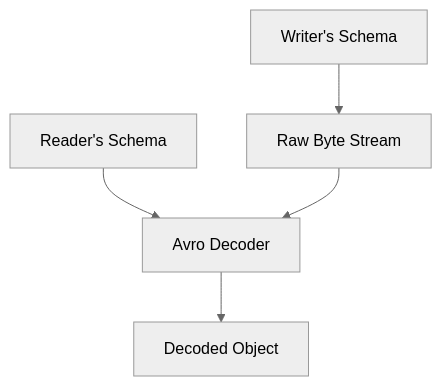
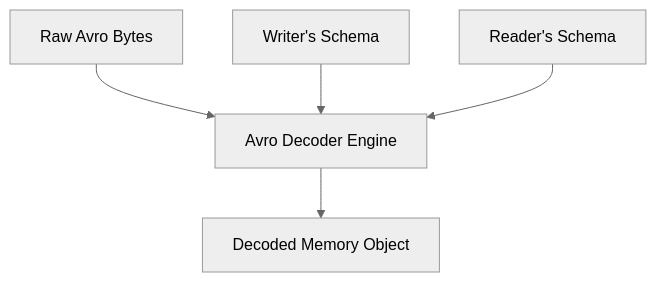
Before and after one commit to fredLuv/ddia-gitbook: the diagram in chapters/ch4_encoding.md, drawn with Mermaid (neutral theme). The commit also changed other lines of this file and 1 other file, not shown here.

````diff
--- a/chapters/ch4_encoding.md
+++ b/chapters/ch4_encoding.md
@@ -55,7 +82,7 @@
 ```mermaid
 graph TD
-    Writer[Writer's Schema] --> Binary[Raw Byte Stream]
-    Reader[Reader's Schema] --> Decoder[Avro Decoder]
-    Binary --> Decoder
-    Decoder --> App[Decoded Object]
+    Data[Raw Avro Bytes] --> Decoder[Avro Decoder Engine]
+    WSchema[Writer's Schema] --> Decoder
+    RSchema[Reader's Schema] --> Decoder
+    Decoder --> Object[Decoded Memory Object]
 ```
````
